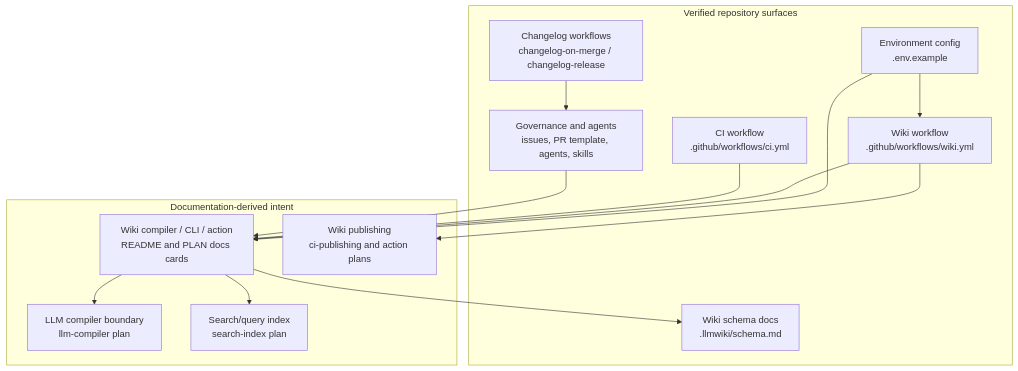
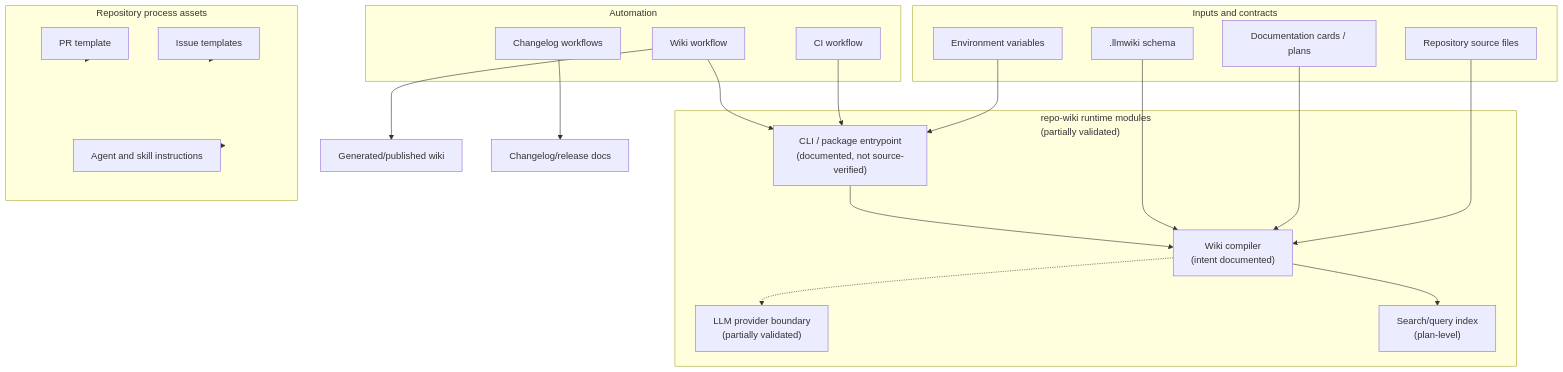
Before and after one commit to mfittko/repo-wiki: the second of 3 diagrams in Architecture.md, drawn with Mermaid. The commit also changed other lines of this file and 43 other files, not shown here.

Commit message:
Compile repository wiki 2026-05-14T06:53:49.910Z

````diff
--- a/Architecture.md
+++ b/Architecture.md
@@ -197,29 +176,43 @@
 ```mermaid
 flowchart TB
-  subgraph VerifiedRepoSurfaces["Verified repository surfaces"]
-    Env["Environment config<br/>.env.example"]
-    WikiWorkflow["Wiki workflow<br/>.github/workflows/wiki.yml"]
-    CI["CI workflow<br/>.github/workflows/ci.yml"]
-    Changelog["Changelog workflows<br/>changelog-on-merge / changelog-release"]
-    Governance["Governance and agents<br/>issues, PR template, agents, skills"]
-    Schema["Wiki schema docs<br/>.llmwiki/schema.md"]
-  end
+    subgraph Inputs["Inputs and contracts"]
+        Src["Repository source files"]
+        Docs["Documentation cards / plans"]
+        Schema[".llmwiki schema"]
+        Env["Environment variables"]
+    end
 
-  subgraph DocumentedIntent["Documentation-derived intent"]
-    Compiler["Wiki compiler / CLI / action<br/>README and PLAN docs cards"]
-    LLMBoundary["LLM compiler boundary<br/>llm-compiler plan"]
-    Publish["Wiki publishing<br/>ci-publishing and action plans"]
-    Search["Search/query index<br/>search-index plan"]
-  end
+    subgraph Runtime["repo-wiki runtime modules<br/>(partially validated)"]
+        CLI["CLI / package entrypoint<br/>(documented, not source-verified)"]
+        Compiler["Wiki compiler<br/>(intent documented)"]
+        LLMBoundary["LLM provider boundary<br/>(partially validated)"]
+        Search["Search/query index<br/>(plan-level)"]
+    end
 
-  Env --> WikiWorkflow
-  Env --> Compiler
-  WikiWorkflow --> Compiler
-  WikiWorkflow --> Publish
-  Compiler --> Schema
-  Compiler --> LLMBoundary
-  Compiler --> Search
-  CI --> Compiler
-  Changelog --> Governance
-  Governance --> Compiler
+    subgraph Automation["Automation"]
+        CI["CI workflow"]
+        WikiWF["Wiki workflow"]
+        ChangelogWF["Changelog workflows"]
+    end
+
+    subgraph Process["Repository process assets"]
+        Issues["Issue templates"]
+        PR["PR template"]
+        Agents["Agent and skill instructions"]
+    end
+
+    Src --> Compiler
+    Docs --> Compiler
+    Schema --> Compiler
+    Env --> CLI
+    CLI --> Compiler
+    Compiler -.-> LLMBoundary
+    Compiler --> Search
+    CI --> CLI
+    WikiWF --> CLI
+    WikiWF --> PublishedWiki["Generated/published wiki"]
+    ChangelogWF --> ChangeDocs["Changelog/release docs"]
+    Issues --> Process
+    PR --> Process
+    Agents --> Process
 ```
````
